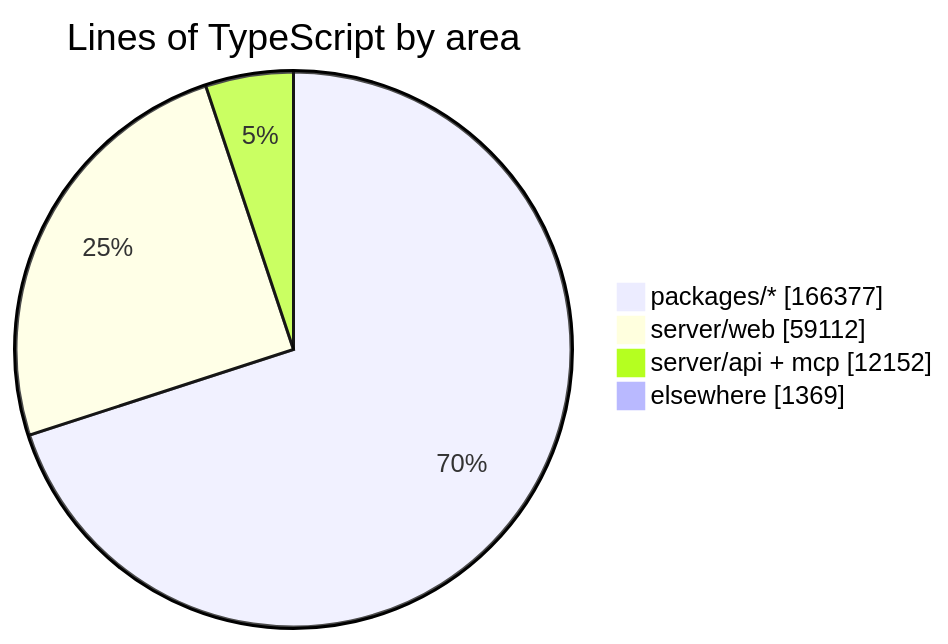
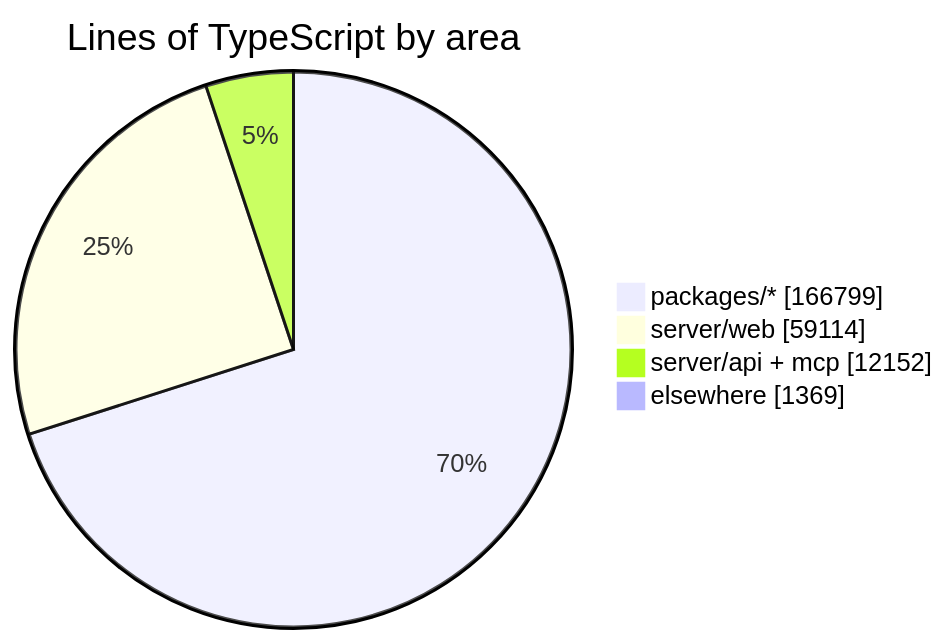
One commit to crossworks-engineering/mantle changed the diagram in README.md. Above: the diagram before and after it, drawn with Mermaid. The commit also changed other lines of this file and 2 other files, not shown here.

````diff
--- a/README.md
+++ b/README.md
@@ -279,7 +279,7 @@
 ```mermaid
 pie showData title Lines of TypeScript by area
-    "packages/*" : 166377
-    "server/web" : 59112
+    "packages/*" : 166799
+    "server/web" : 59114
     "server/api + mcp" : 12152
     "elsewhere" : 1369
 ```
````
